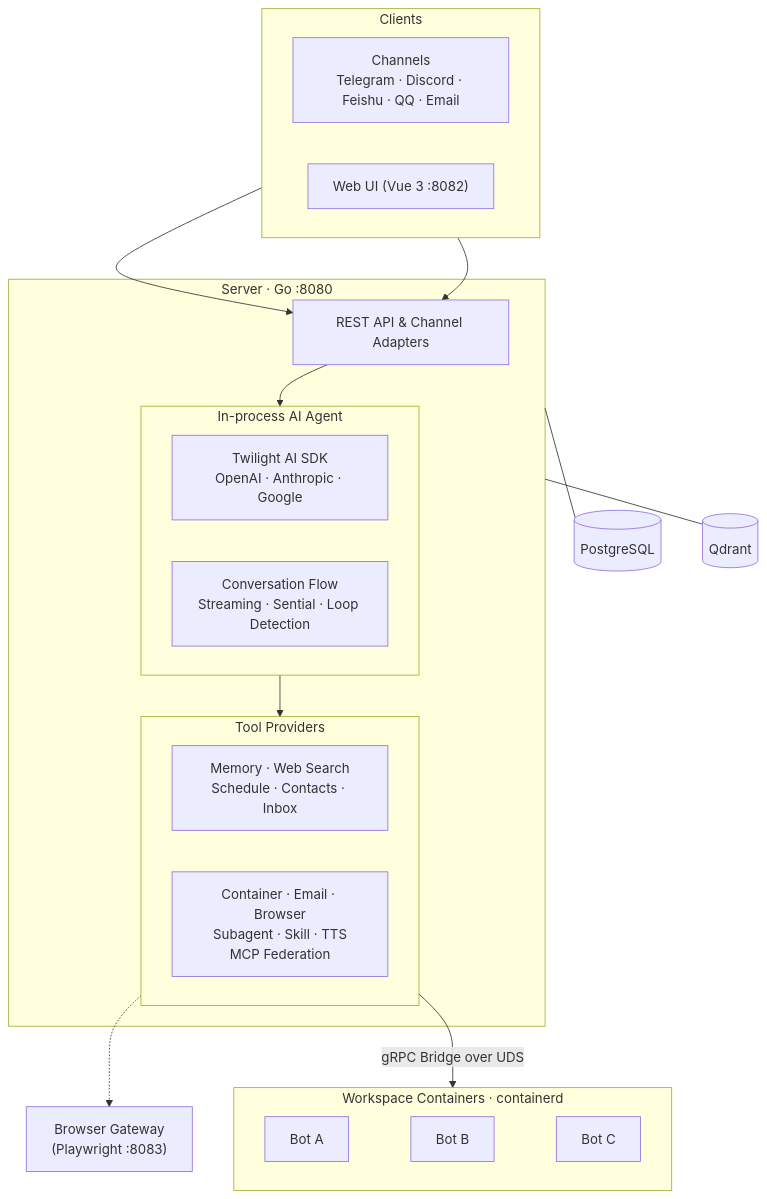
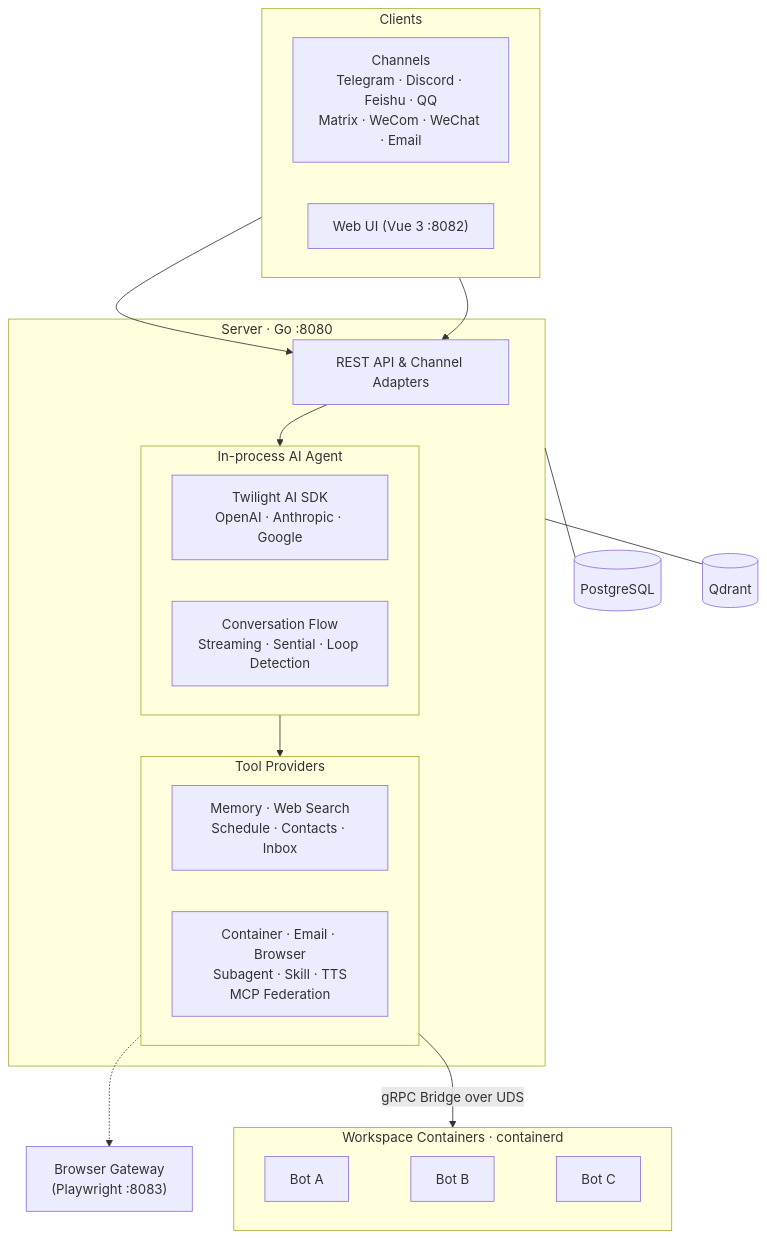
Before and after one commit to memohai/Memoh: the diagram in README.md, drawn with Mermaid. The commit also changed other lines of this file and 1 other file, not shown here.

````diff
--- a/README.md
+++ b/README.md
@@ -139,41 +143,41 @@
 ```mermaid
 flowchart TB
     subgraph Clients [" Clients "]
         direction LR
-        CH["Channels<br/>Telegram · Discord · Feishu · QQ · Email"]
+        CH["Channels<br/>Telegram · Discord · Feishu · QQ<br/>Matrix · WeCom · WeChat · Email"]
         WEB["Web UI (Vue 3 :8082)"]
     end
 
     CH & WEB --> API
 
     subgraph Server [" Server · Go :8080 "]
         API["REST API & Channel Adapters"]
 
         subgraph Agent [" In-process AI Agent "]
             TWILIGHT["Twilight AI SDK<br/>OpenAI · Anthropic · Google"]
             CONV["Conversation Flow<br/>Streaming · Sential · Loop Detection"]
         end
 
         subgraph ToolProviders [" Tool Providers "]
             direction LR
             T_CORE["Memory · Web Search<br/>Schedule · Contacts · Inbox"]
             T_EXT["Container · Email · Browser<br/>Subagent · Skill · TTS<br/>MCP Federation"]
         end
 
         API --> Agent --> ToolProviders
     end
 
     PG[("PostgreSQL")]
     QD[("Qdrant")]
     BROWSER["Browser Gateway<br/>(Playwright :8083)"]
 
     subgraph Workspace [" Workspace Containers · containerd "]
         direction LR
         BA["Bot A"] ~~~ BB["Bot B"] ~~~ BC["Bot C"]
     end
 
     Server --- PG
     Server --- QD
     ToolProviders -.-> BROWSER
     ToolProviders -- "gRPC Bridge over UDS" --> Workspace
 ```
````
